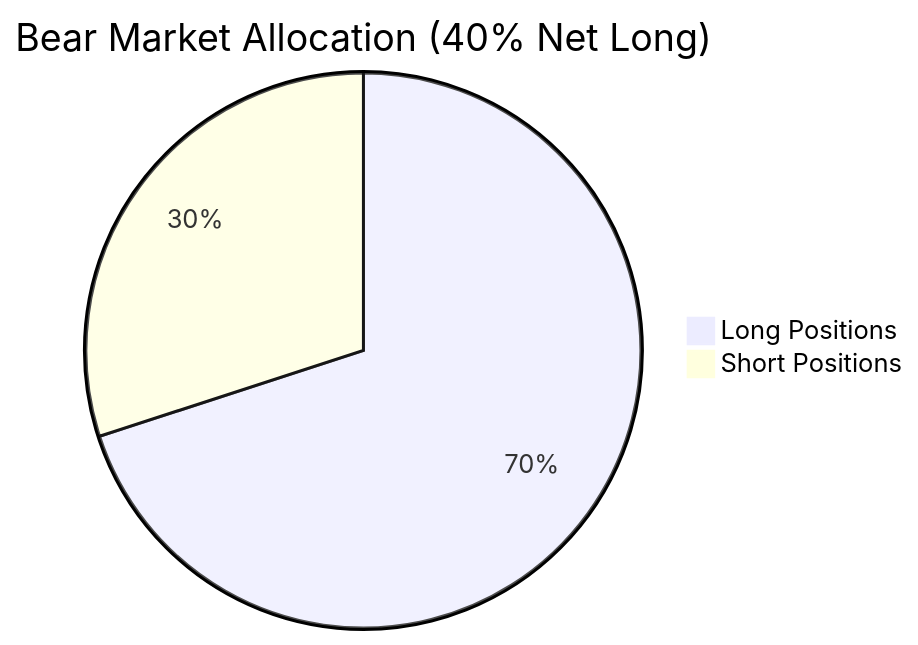
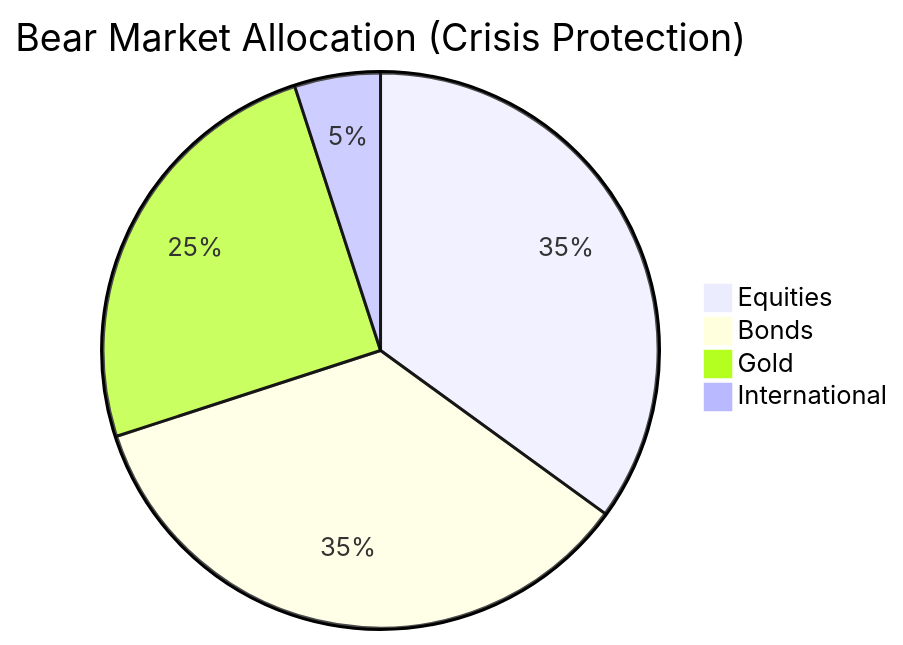
Before and after one commit to blackms/FinRL-Adaptive: the sixth of 18 diagrams in docs/adaptive_hedge_fund_strategy.md, drawn with Mermaid. The commit also changed other lines of this file and 3 other files, not shown here.

````diff
--- a/docs/adaptive_hedge_fund_strategy.md
+++ b/docs/adaptive_hedge_fund_strategy.md
@@ -209,5 +251,7 @@
 ```mermaid
-pie title Bear Market Allocation (40% Net Long)
-    "Long Positions" : 70
-    "Short Positions" : 30
+pie title Bear Market Allocation (Crisis Protection)
+    "Equities" : 35
+    "Bonds" : 35
+    "Gold" : 25
+    "International" : 5
 ```
````
